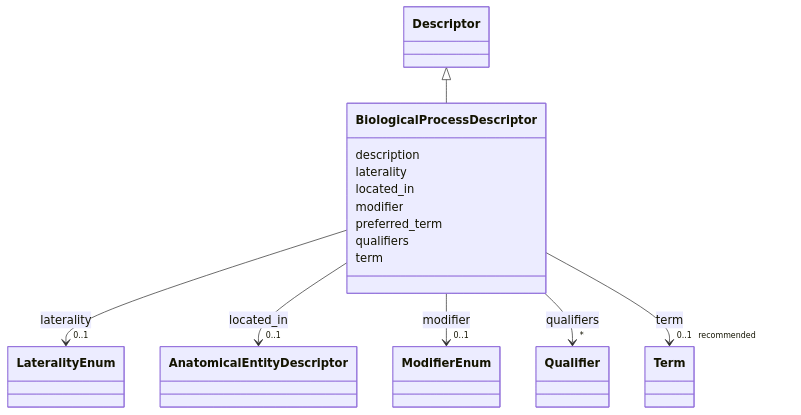
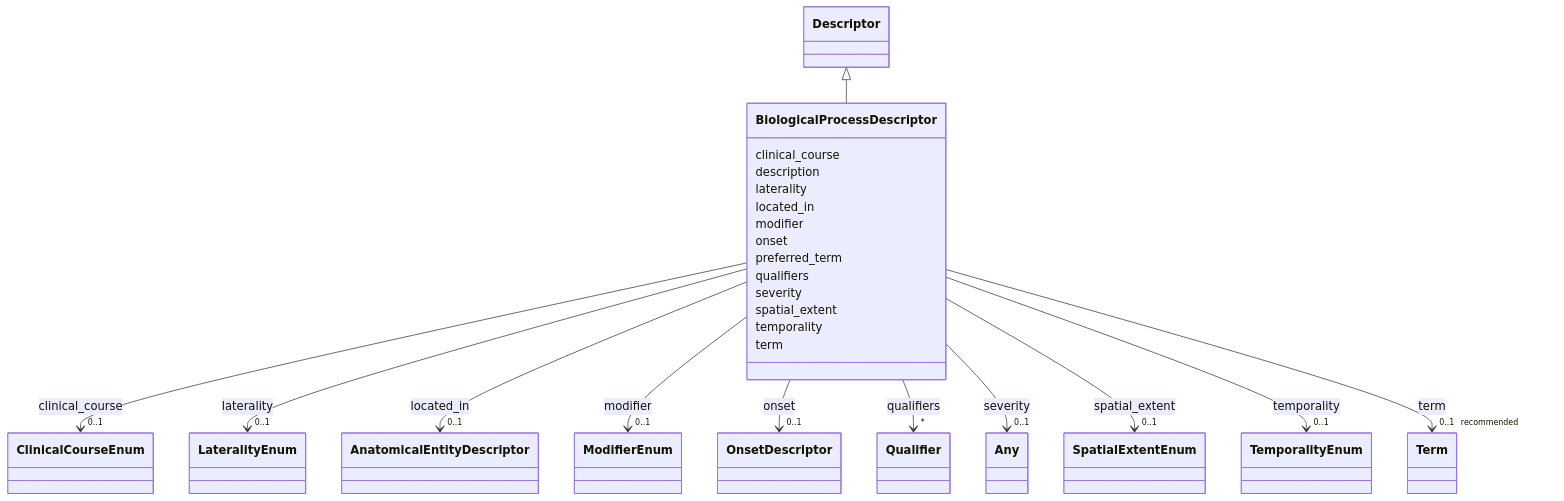
One commit to monarch-initiative/dismech changed the diagram in docs/schema/classes/BiologicalProcessDescriptor.md. Above: the diagram before and after it, drawn with Mermaid. The commit also changed other lines of this file and 1343 other files, not shown here.

First line of the commit message:
docs: regenerate schema docs and point design-decisions link at rendered page

```diff
--- a/docs/schema/classes/BiologicalProcessDescriptor.md
+++ b/docs/schema/classes/BiologicalProcessDescriptor.md
@@ -22,6 +22,17 @@
       Descriptor <|-- BiologicalProcessDescriptor
         click Descriptor href "../../classes/Descriptor/"
       
+      BiologicalProcessDescriptor : clinical_course
+        
+          
+    
+        
+        
+        BiologicalProcessDescriptor --> "0..1" ClinicalCourseEnum : clinical_course
+        click ClinicalCourseEnum href "../../enums/ClinicalCourseEnum/"
+    
+
+        
       BiologicalProcessDescriptor : description
         
       BiologicalProcessDescriptor : laterality
@@ -57,6 +68,17 @@
     
 
         
+      BiologicalProcessDescriptor : onset
+        
+          
+    
+        
+        
+        BiologicalProcessDescriptor --> "0..1" OnsetDescriptor : onset
+        click OnsetDescriptor href "../../classes/OnsetDescriptor/"
+    
+
+        
       BiologicalProcessDescriptor : preferred_term
         
       BiologicalProcessDescriptor : qualifiers
@@ -67,6 +89,39 @@
         
         BiologicalProcessDescriptor --> "*" Qualifier : qualifiers
         click Qualifier href "../../classes/Qualifier/"
+    
+
+        
+      BiologicalProcessDescriptor : severity
+        
+          
+    
+        
+        
+        BiologicalProcessDescriptor --> "0..1" Any : severity
+        click Any href "../../classes/Any/"
+    
+
+        
+      BiologicalProcessDescriptor : spatial_extent
+        
+          
+    
+        
+        
+        BiologicalProcessDescriptor --> "0..1" SpatialExtentEnum : spatial_extent
+        click SpatialExtentEnum href "../../enums/SpatialExtentEnum/"
+    
+
+        
+      BiologicalProcessDescriptor : temporality
+        
+          
+    
+        
+        
+        BiologicalProcessDescriptor --> "0..1" TemporalityEnum : temporality
+        click TemporalityEnum href "../../enums/TemporalityEnum/"
     
 
         
```
